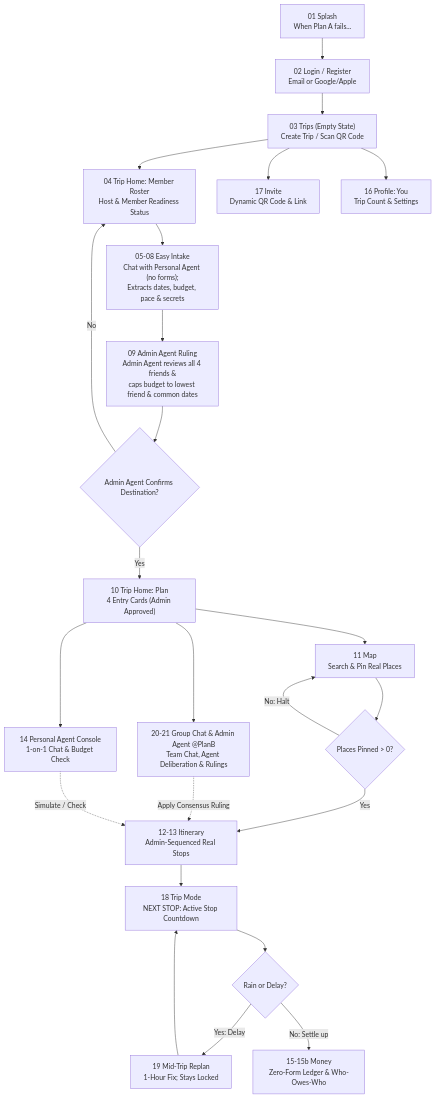
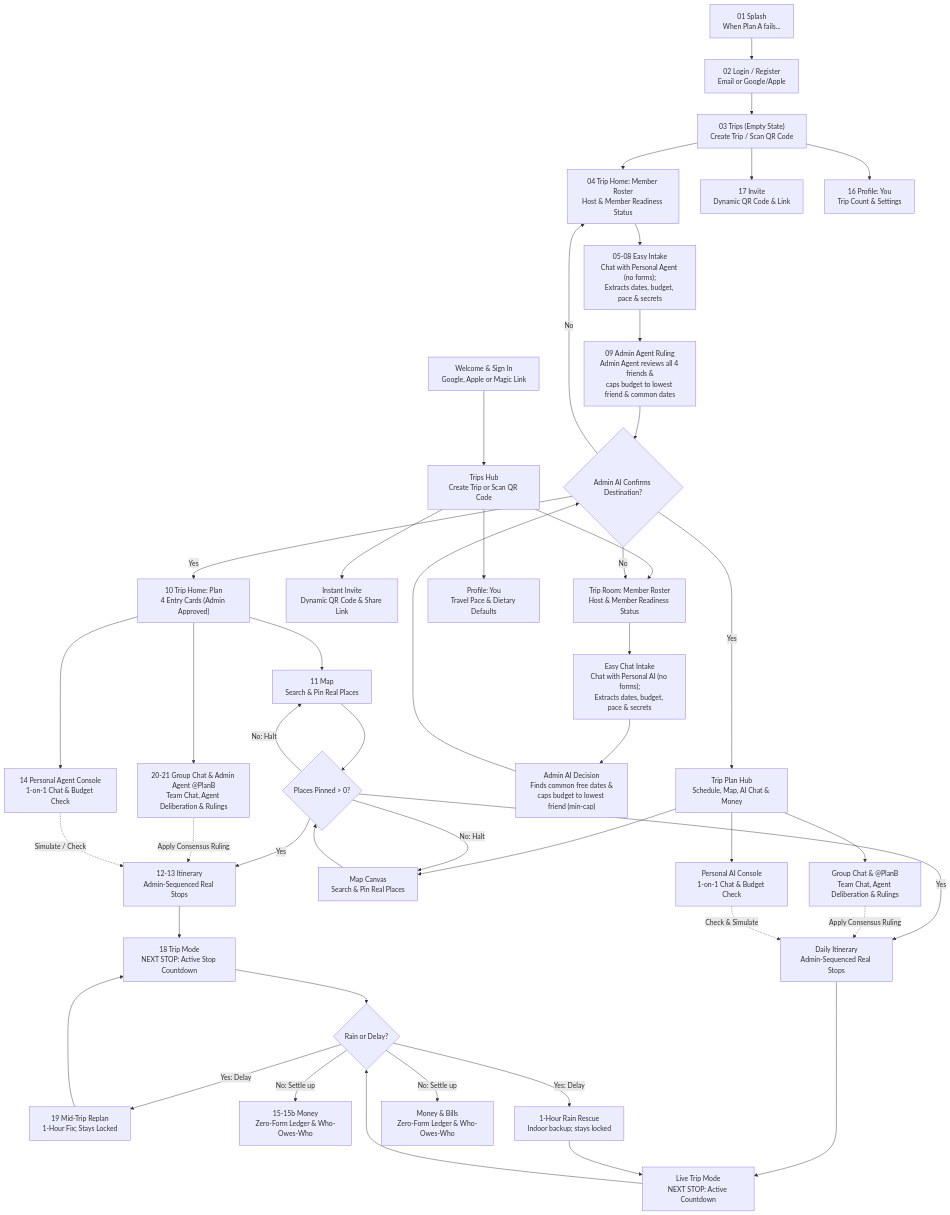
Before and after one commit to nlzce/We-are-the-champions_Plan-B: diagram 15 of 21 in README.md, drawn with Mermaid. The commit also changed other lines of this file, not shown here.

````diff
--- a/README.md
+++ b/README.md
@@ -489,26 +495,48 @@
 ```mermaid
 flowchart TD
   S01["01 Splash<br/>When Plan A fails..."] --> S02["02 Login / Register<br/>Email or Google/Apple"]
   S02 --> S03["03 Trips (Empty State)<br/>Create Trip / Scan QR Code"]
   S03 --> S04["04 Trip Home: Member Roster<br/>Host & Member Readiness Status"]
   S03 --> S17["17 Invite<br/>Dynamic QR Code & Link"]
   S04 --> S05_08["05-08 Easy Intake<br/>Chat with Personal Agent (no forms);<br/>Extracts dates, budget, pace & secrets"]
   S05_08 --> S09["09 Admin Agent Ruling<br/>Admin Agent reviews all 4 friends &<br/>caps budget to lowest friend & common dates"]
   S09 --> DestCheck{"Admin Agent Confirms Destination?"}
   DestCheck -->|No| S04
   DestCheck -->|Yes| S10["10 Trip Home: Plan<br/>4 Entry Cards (Admin Approved)"]
   S10 --> S11["11 Map<br/>Search & Pin Real Places"]
   S10 --> S14["14 Personal Agent Console<br/>1-on-1 Chat & Budget Check"]
   S10 --> S20_21["20-21 Group Chat & Admin Agent @PlanB<br/>Team Chat, Agent Deliberation & Rulings"]
   S11 --> PlaceCheck{"Places Pinned > 0?"}
   PlaceCheck -->|No: Halt| S11
   PlaceCheck -->|Yes| S12_13["12-13 Itinerary<br/>Admin-Sequenced Real Stops"]
   S20_21 -.->|"Apply Consensus Ruling"| S12_13
   S14 -.->|"Simulate / Check"| S12_13
   S12_13 --> S18["18 Trip Mode<br/>NEXT STOP: Active Stop Countdown"]
   S18 --> DisCheck{"Rain or Delay?"}
   DisCheck -->|Yes: Delay| S19["19 Mid-Trip Replan<br/>1-Hour Fix; Stays Locked"]
   S19 --> S18
   DisCheck -->|No: Settle up| S15["15-15b Money<br/>Zero-Form Ledger & Who-Owes-Who"]
   S03 --> S16["16 Profile: You<br/>Trip Count & Settings"]
+  Login["Welcome & Sign In<br/>Google, Apple or Magic Link"] --> TripsHub["Trips Hub<br/>Create Trip or Scan QR Code"]
+  TripsHub --> Invite["Instant Invite<br/>Dynamic QR Code & Share Link"]
+  TripsHub --> Roster["Trip Room: Member Roster<br/>Host & Member Readiness Status"]
+  Roster --> EasyIntake["Easy Chat Intake<br/>Chat with Personal AI (no forms);<br/>Extracts dates, budget, pace & secrets"]
+  EasyIntake --> AdminRuling["Admin AI Decision<br/>Finds common free dates &<br/>caps budget to lowest friend (min-cap)"]
+  AdminRuling --> DestCheck{"Admin AI Confirms Destination?"}
+  DestCheck -->|No| Roster
+  DestCheck -->|Yes| PlanHub["Trip Plan Hub<br/>Schedule, Map, AI Chat & Money"]
+  PlanHub --> Map["Map Canvas<br/>Search & Pin Real Places"]
+  PlanHub --> PersonalAI["Personal AI Console<br/>1-on-1 Chat & Budget Check"]
+  PlanHub --> GroupChat["Group Chat & @PlanB<br/>Team Chat, Agent Deliberation & Rulings"]
+  Map --> PlaceCheck{"Places Pinned > 0?"}
+  PlaceCheck -->|No: Halt| Map
+  PlaceCheck -->|Yes| Itinerary["Daily Itinerary<br/>Admin-Sequenced Real Stops"]
+  GroupChat -.->|"Apply Consensus Ruling"| Itinerary
+  PersonalAI -.->|"Check & Simulate"| Itinerary
+  Itinerary --> LiveTrip["Live Trip Mode<br/>NEXT STOP: Active Countdown"]
+  LiveTrip --> DisCheck{"Rain or Delay?"}
+  DisCheck -->|Yes: Delay| Replan["1-Hour Rain Rescue<br/>Indoor backup; stays locked"]
+  Replan --> LiveTrip
+  DisCheck -->|No: Settle up| Money["Money & Bills<br/>Zero-Form Ledger & Who-Owes-Who"]
+  TripsHub --> Profile["Profile: You<br/>Travel Pace & Dietary Defaults"]
 ```
````
